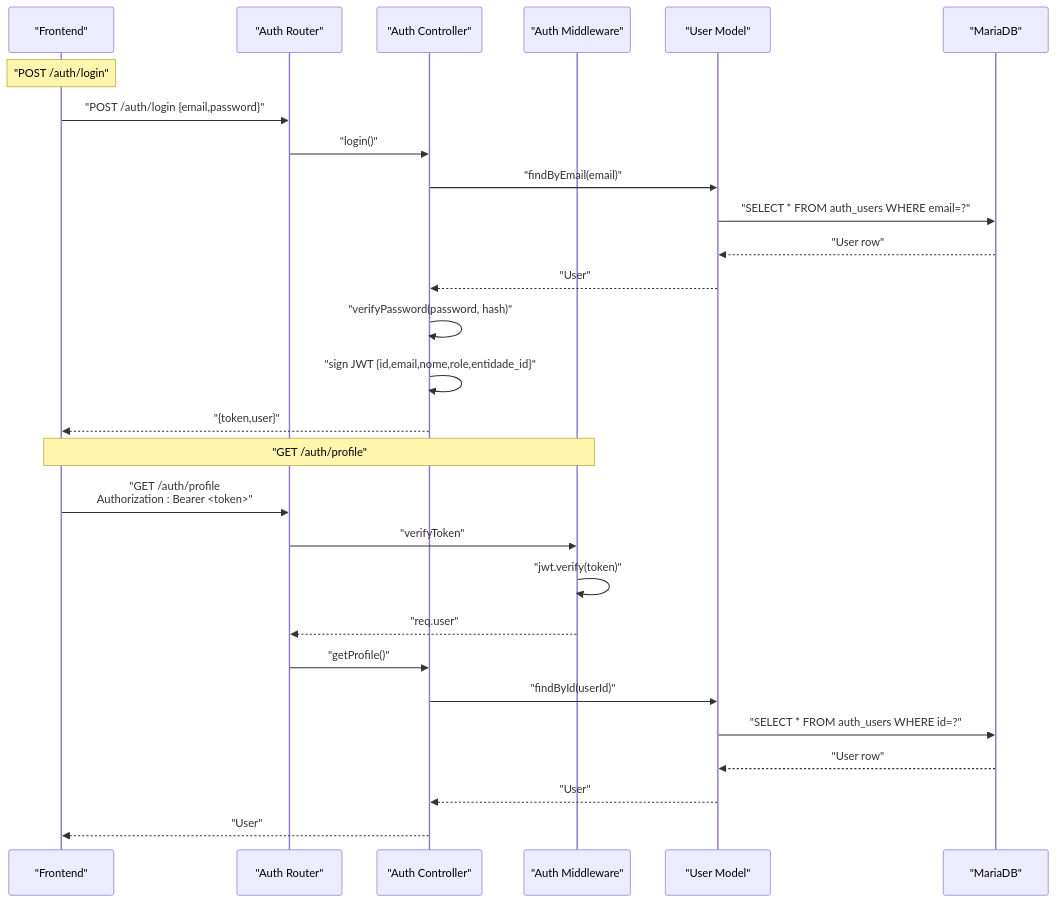
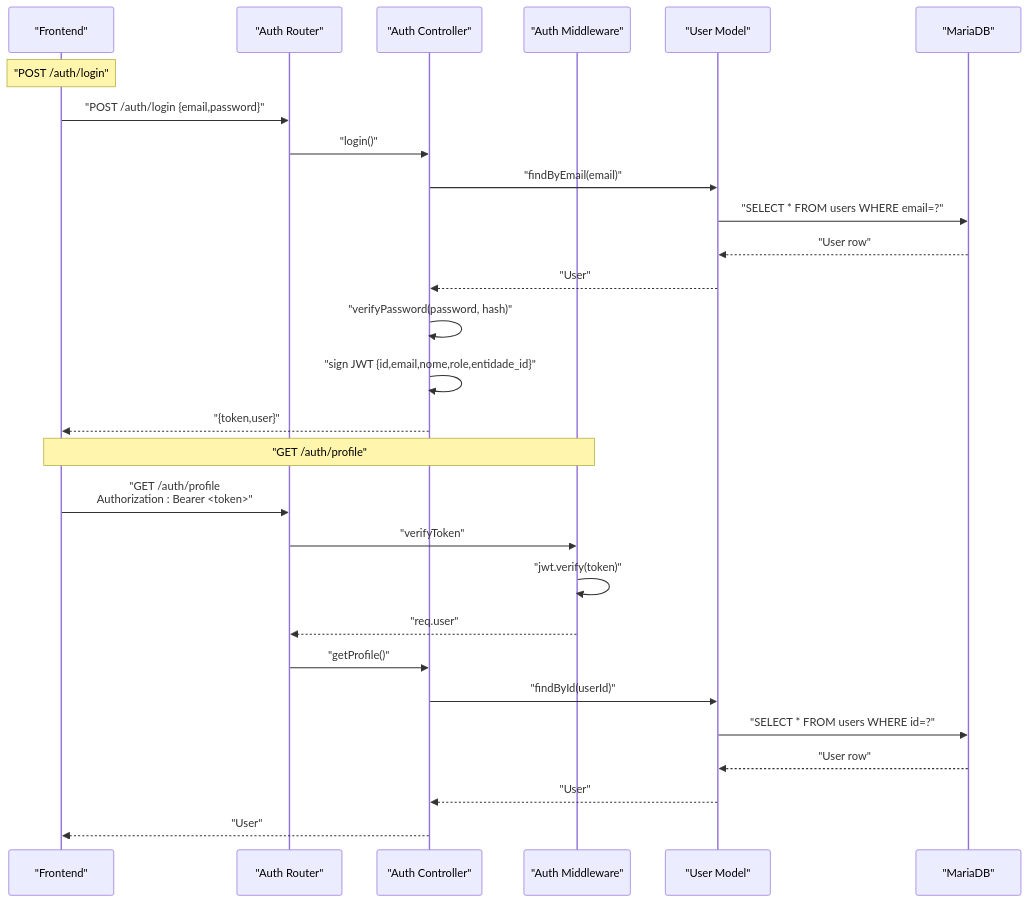
One commit to luiseduacosta/nodemural changed the second of 6 diagrams in .qoder/repowiki/en/content/API Reference/Authentication Endpoints.md. Above: the diagram before and after it, drawn with Mermaid. The commit also changed other lines of this file and 30 other files, not shown here.

Commit message:
Update tables schema.

````diff
--- a/.qoder/repowiki/en/content/API Reference/Authentication Endpoints.md
+++ b/.qoder/repowiki/en/content/API Reference/Authentication Endpoints.md
@@ -123,30 +123,30 @@
 ```mermaid
 sequenceDiagram
 participant FE as "Frontend"
 participant API as "Auth Router"
 participant Ctrl as "Auth Controller"
 participant MW as "Auth Middleware"
 participant Model as "User Model"
 participant DB as "MariaDB"
 Note over FE : "POST /auth/login"
 FE->>API : "POST /auth/login {email,password}"
 API->>Ctrl : "login()"
 Ctrl->>Model : "findByEmail(email)"
-Model->>DB : "SELECT * FROM auth_users WHERE email=?"
+Model->>DB : "SELECT * FROM users WHERE email=?"
 DB-->>Model : "User row"
 Model-->>Ctrl : "User"
 Ctrl->>Ctrl : "verifyPassword(password, hash)"
 Ctrl->>Ctrl : "sign JWT {id,email,nome,role,entidade_id}"
 Ctrl-->>FE : "{token,user}"
 Note over FE,MW : "GET /auth/profile"
 FE->>API : "GET /auth/profile<br/>Authorization : Bearer <token>"
 API->>MW : "verifyToken"
 MW->>MW : "jwt.verify(token)"
 MW-->>API : "req.user"
 API->>Ctrl : "getProfile()"
 Ctrl->>Model : "findById(userId)"
-Model->>DB : "SELECT * FROM auth_users WHERE id=?"
+Model->>DB : "SELECT * FROM users WHERE id=?"
 DB-->>Model : "User row"
 Model-->>Ctrl : "User"
 Ctrl-->>FE : "User"
 ```
````
